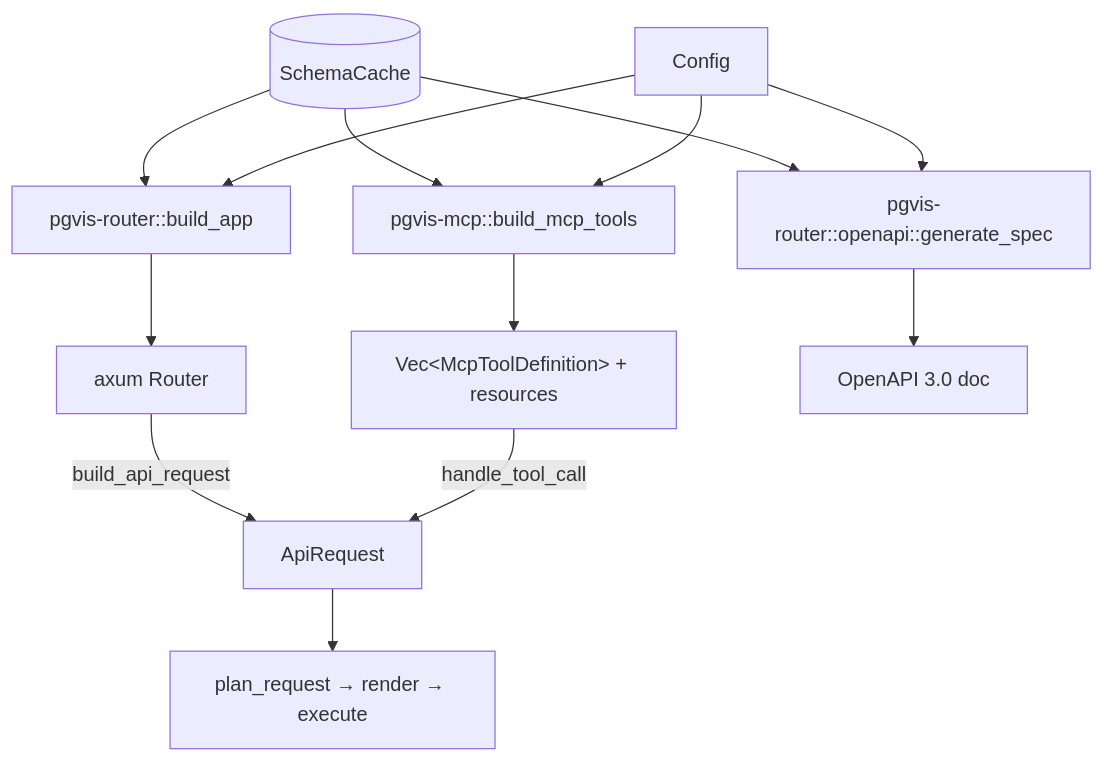
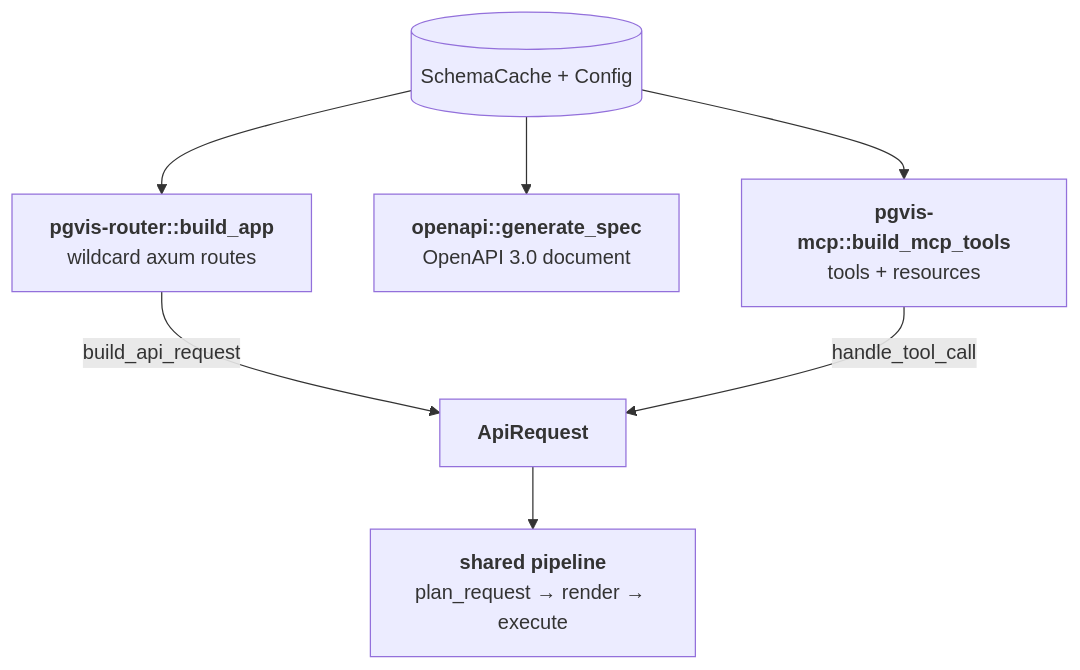
Before and after one commit to pgvis/pgvis: the diagram in arch/04-surfaces.md, drawn with Mermaid. The commit also changed other lines of this file and 29 other files, not shown here.

````diff
--- a/arch/04-surfaces.md
+++ b/arch/04-surfaces.md
@@ -9,17 +12,16 @@
 ```mermaid
-flowchart TD
-    SC[(SchemaCache)] --> RB[pgvis-router::build_app]
-    SC --> MB[pgvis-mcp::build_mcp_tools]
-    SC --> OA[pgvis-router::openapi::generate_spec]
-    CFG[Config] --> RB
-    CFG --> MB
-    CFG --> OA
+flowchart TB
+    sc[("SchemaCache + Config")]
+    rb["<b>pgvis-router::build_app</b><br/>wildcard axum routes"]
+    oa["<b>openapi::generate_spec</b><br/>OpenAPI 3.0 document"]
+    mb["<b>pgvis-mcp::build_mcp_tools</b><br/>tools + resources"]
+    ar["<b>ApiRequest</b>"]
+    pipe["<b>shared pipeline</b><br/>plan_request → render → execute"]
 
-    RB --> ROUTER[axum Router]
-    MB --> TOOLS["Vec&lt;McpToolDefinition&gt; + resources"]
-    OA --> SPEC[OpenAPI 3.0 doc]
-
-    ROUTER -->|build_api_request| AR[ApiRequest]
-    TOOLS -->|handle_tool_call| AR
-    AR --> PIPE["plan_request → render → execute"]
+    sc --> rb
+    sc --> oa
+    sc --> mb
+    rb -->|"build_api_request"| ar
+    mb -->|"handle_tool_call"| ar
+    ar --> pipe
 ```
````
